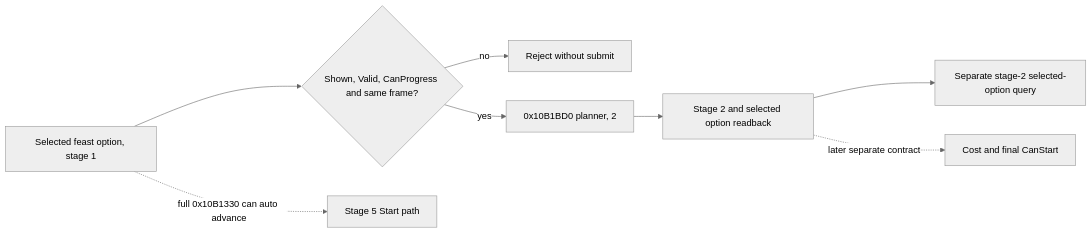
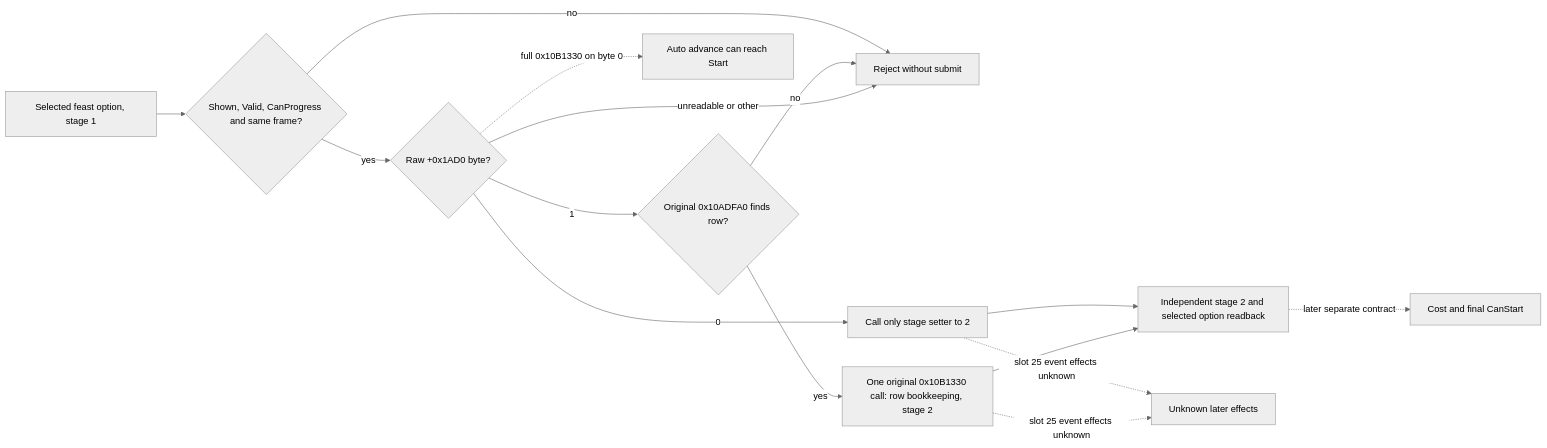
One commit to XenoAmess/ck3_eternal_recurrence changed the diagram in docs/ck3-native-ai/activity-stage1-bounded-confirm-1.19.0.6.md. Above: the diagram before and after it, drawn with Mermaid (neutral theme). The commit also changed other lines of this file and 4 other files, not shown here.

Commit message:
NW-ACT Bound stage-one Confirm on observed auto row

````diff
--- a/docs/ck3-native-ai/activity-stage1-bounded-confirm-1.19.0.6.md
+++ b/docs/ck3-native-ai/activity-stage1-bounded-confirm-1.19.0.6.md
@@ -32,10 +44,17 @@
 ```mermaid
 flowchart LR
   A[Selected feast option, stage 1] --> B{Shown, Valid, CanProgress and same frame?}
   B -- no --> R[Reject without submit]
-  B -- yes --> C[0x10B1BD0 planner, 2]
-  C --> D[Stage 2 and selected option readback]
-  D --> Q[Separate stage-2 selected-option query]
-  D -. later separate contract .-> E[Cost and final CanStart]
-  A -. full 0x10B1330 can auto advance .-> X[Stage 5 Start path]
+  B -- yes --> C{Raw +0x1AD0 byte?}
+  C -- 0 --> D[Call only stage setter to 2]
+  C -- 1 --> E{Original 0x10ADFA0 finds row?}
+  E -- yes --> F[One original 0x10B1330 call: row bookkeeping, stage 2]
+  E -- no --> R
+  C -- unreadable or other --> R
+  D --> G[Independent stage 2 and selected option readback]
+  F --> G
+  G -. later separate contract .-> H[Cost and final CanStart]
+  C -. full 0x10B1330 on byte 0 .-> X[Auto advance can reach Start]
+  D -. slot 25 event effects unknown .-> U[Unknown later effects]
+  F -. slot 25 event effects unknown .-> U
 ```
````
